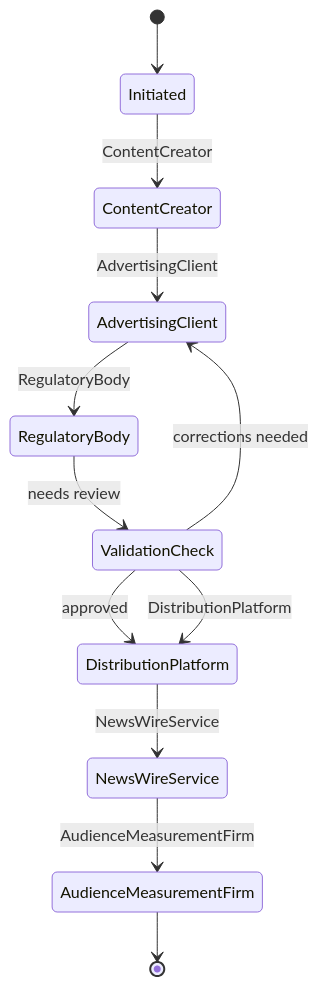
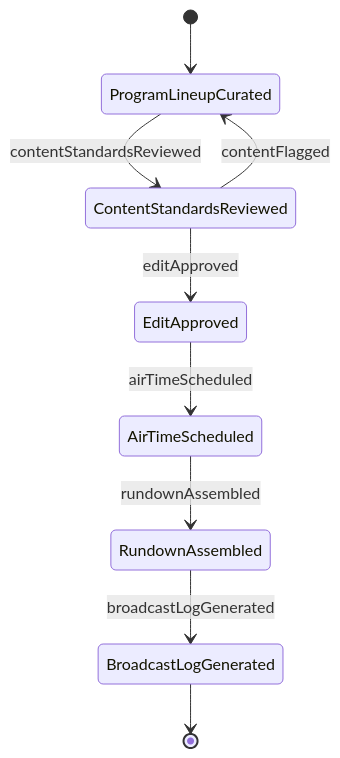
Before and after one commit to dot-org-ai/tasks.org.ai: the second of 4 diagrams in GuidingDirectingAndMotivatingSubordinates/CoordinateArtisticOrEntertainmentActivities/ManageContentBroadcastsPresentations.mdx, drawn with Mermaid. The commit also changed other lines of this file and 515 other files, not shown here.

````diff
--- a/GuidingDirectingAndMotivatingSubordinates/CoordinateArtisticOrEntertainmentActivities/ManageContentBroadcastsPresentations.mdx
+++ b/GuidingDirectingAndMotivatingSubordinates/CoordinateArtisticOrEntertainmentActivities/ManageContentBroadcastsPresentations.mdx
@@ -107,14 +104,11 @@
 ```mermaid
 stateDiagram-v2
-    [*] --> Initiated
-    Initiated --> ContentCreator: ContentCreator
-    ContentCreator --> AdvertisingClient: AdvertisingClient
-    AdvertisingClient --> RegulatoryBody: RegulatoryBody
-    RegulatoryBody --> ValidationCheck: needs review
-    ValidationCheck --> AdvertisingClient: corrections needed
-    ValidationCheck --> DistributionPlatform: approved
-    ValidationCheck --> DistributionPlatform: DistributionPlatform
-    DistributionPlatform --> NewsWireService: NewsWireService
-    NewsWireService --> AudienceMeasurementFirm: AudienceMeasurementFirm
-    AudienceMeasurementFirm --> [*]
+    [*] --> ProgramLineupCurated
+    ProgramLineupCurated --> ContentStandardsReviewed : contentStandardsReviewed
+    ContentStandardsReviewed --> EditApproved : editApproved
+    EditApproved --> AirTimeScheduled : airTimeScheduled
+    AirTimeScheduled --> RundownAssembled : rundownAssembled
+    RundownAssembled --> BroadcastLogGenerated : broadcastLogGenerated
+    ContentStandardsReviewed --> ProgramLineupCurated : contentFlagged
+    BroadcastLogGenerated --> [*]
 ```
````
